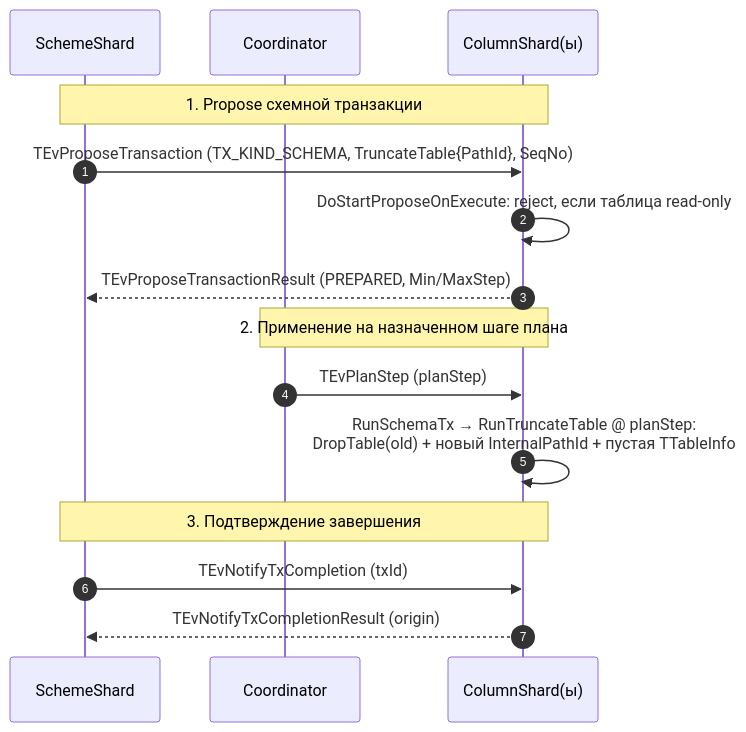
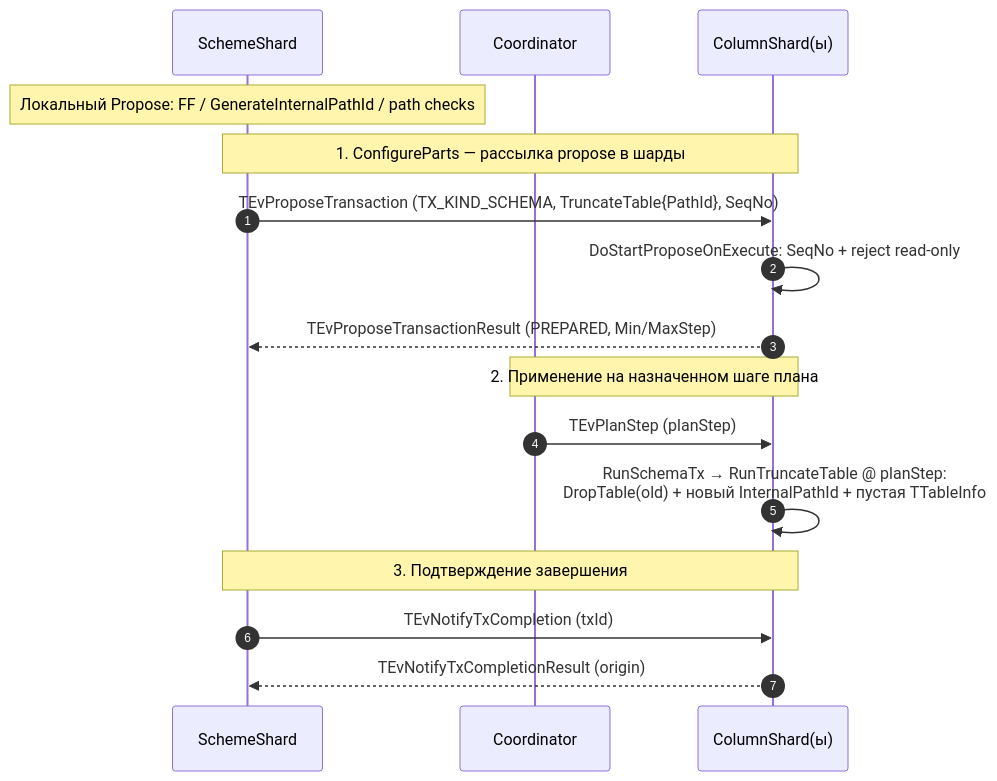
The diagram in ydb/core/tx/columnshard/truncate_columnshard_impl.md (ydb-platform/ydb), drawn with Mermaid before and after one commit. The commit also changed other lines of this file, not shown here.

````diff
--- a/ydb/core/tx/columnshard/truncate_columnshard_impl.md
+++ b/ydb/core/tx/columnshard/truncate_columnshard_impl.md
@@ -34,20 +40,21 @@
 ```mermaid
 sequenceDiagram
     autonumber
     participant SS as SchemeShard
     participant CO as Coordinator
     participant CS as ColumnShard(ы)
 
-    Note over SS,CS: 1. Propose схемной транзакции
+    Note over SS: Локальный Propose: FF / GenerateInternalPathId / path checks
+    Note over SS,CS: 1. ConfigureParts — рассылка propose в шарды
     SS->>CS: TEvProposeTransaction (TX_KIND_SCHEMA, TruncateTable{PathId}, SeqNo)
-    CS->>CS: DoStartProposeOnExecute: reject, если таблица read-only
+    CS->>CS: DoStartProposeOnExecute: SeqNo + reject read-only
     CS-->>SS: TEvProposeTransactionResult (PREPARED, Min/MaxStep)
 
     Note over CO,CS: 2. Применение на назначенном шаге плана
     CO->>CS: TEvPlanStep (planStep)
     CS->>CS: RunSchemaTx → RunTruncateTable @ planStep:<br/>DropTable(old) + новый InternalPathId + пустая TTableInfo
 
     Note over SS,CS: 3. Подтверждение завершения
     SS->>CS: TEvNotifyTxCompletion (txId)
     CS-->>SS: TEvNotifyTxCompletionResult (origin)
 ```
````
